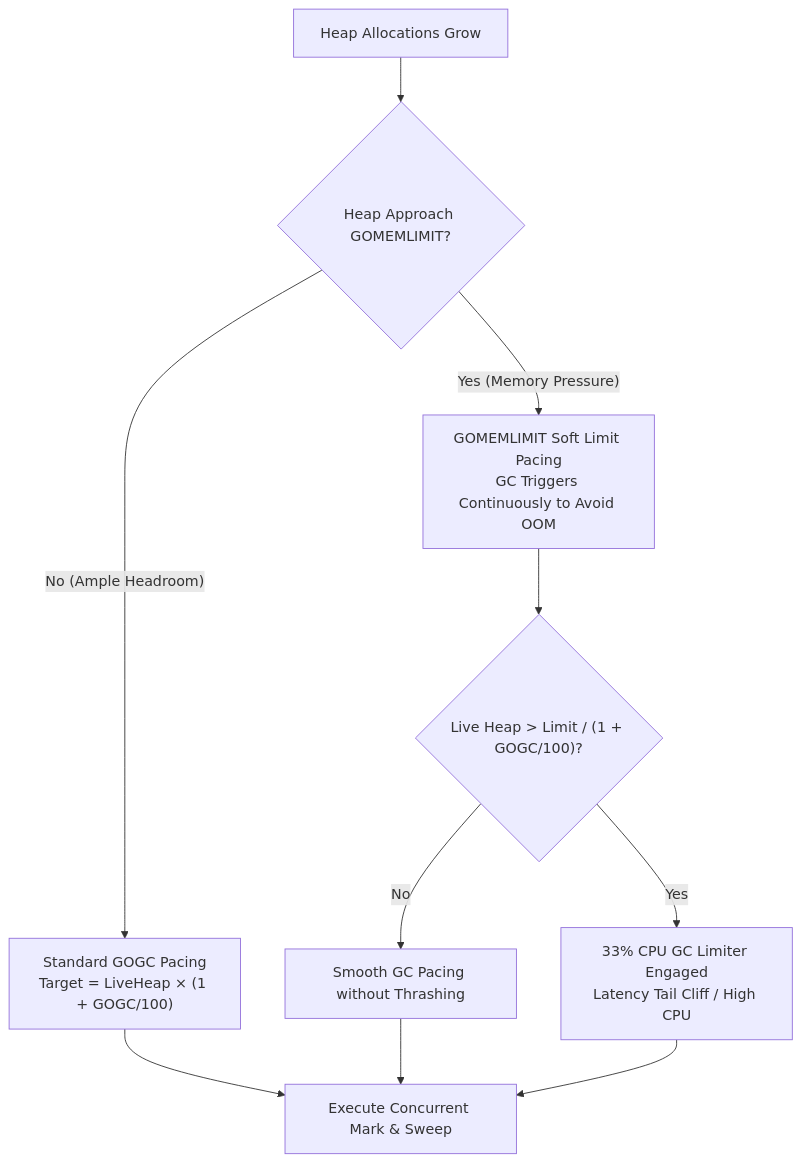
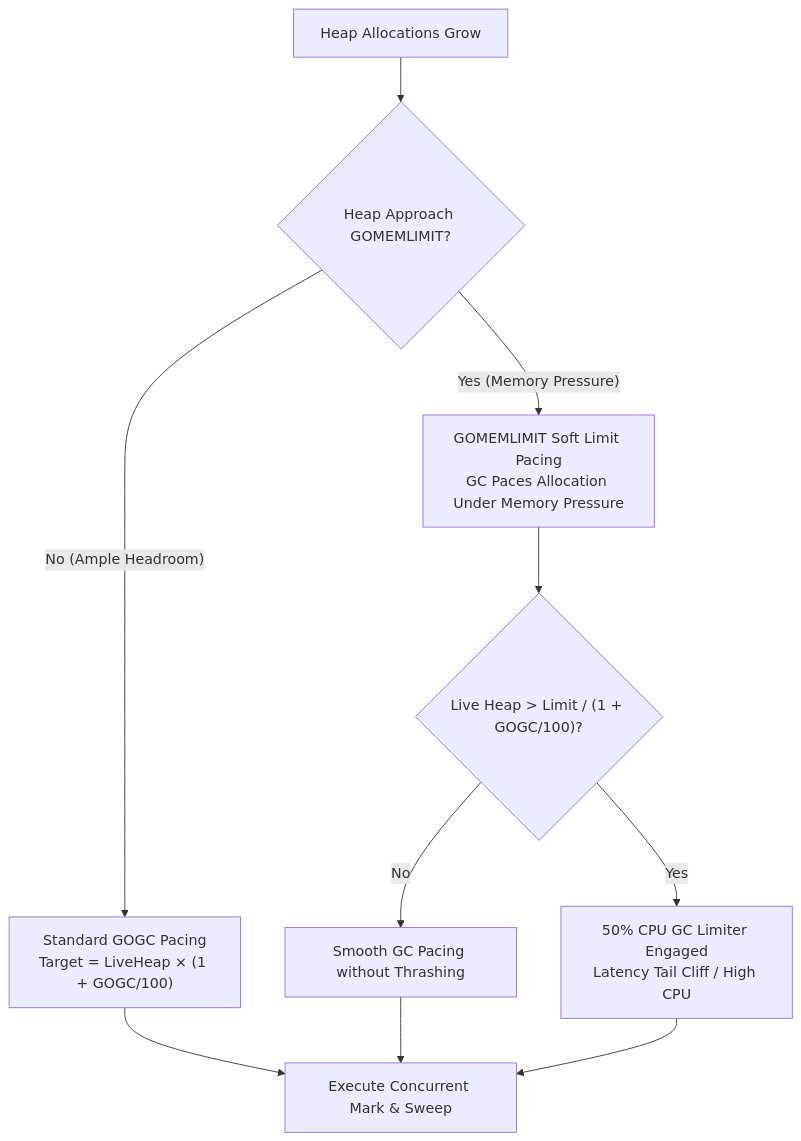
One commit to EpicBlackWolfZ/microfat changed the second of 2 diagrams in docs/runtime-tuning.md. Above: the diagram before and after it, drawn with Mermaid. The commit also changed other lines of this file and 52 other files, not shown here.

````diff
--- a/docs/runtime-tuning.md
+++ b/docs/runtime-tuning.md
@@ -91,16 +106,16 @@
 ```mermaid
 flowchart TD
     Alloc["Heap Allocations Grow"] --> CheckLimit{"Heap Approach GOMEMLIMIT?"}
     
     CheckLimit -->|"No (Ample Headroom)"| StandardGC["Standard GOGC Pacing<br>Target = LiveHeap × (1 + GOGC/100)"]
-    CheckLimit -->|"Yes (Memory Pressure)"| LimitGC["GOMEMLIMIT Soft Limit Pacing<br>GC Triggers Continuously to Avoid OOM"]
+    CheckLimit -->|"Yes (Memory Pressure)"| LimitGC["GOMEMLIMIT Soft Limit Pacing<br>GC Paces Allocation Under Memory Pressure"]
     
     StandardGC --> RunGC["Execute Concurrent Mark & Sweep"]
     LimitGC --> CheckThrash{"Live Heap > Limit / (1 + GOGC/100)?"}
     
     CheckThrash -->|"No"| SmoothLimit["Smooth GC Pacing without Thrashing"]
-    CheckThrash -->|"Yes"| Limiter["33% CPU GC Limiter Engaged<br>Latency Tail Cliff / High CPU"]
+    CheckThrash -->|"Yes"| Limiter["50% CPU GC Limiter Engaged<br>Latency Tail Cliff / High CPU"]
     
     SmoothLimit --> RunGC
     Limiter --> RunGC
 ```
````
